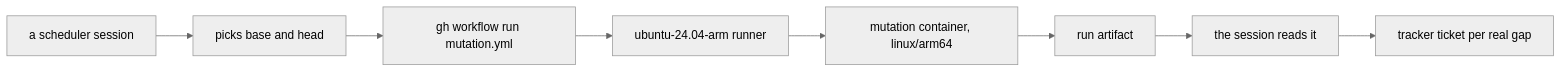
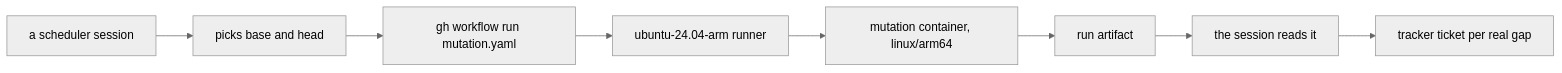
One commit to usirin/tea-fabrika changed the diagram in .decisions/0067-hourly-mutation-runs-in-ci.md. Above: the diagram before and after it, drawn with Mermaid (neutral theme). The commit also changed other lines of this file and 4 other files, not shown here.

Commit message:
plan docs say what is true on 2026-11-11: four rows cut into slices, 20 of 43 merged, 0067 names mutation.yaml

````diff
--- a/.decisions/0067-hourly-mutation-runs-in-ci.md
+++ b/.decisions/0067-hourly-mutation-runs-in-ci.md
@@ -11,10 +11,10 @@
 ```mermaid
 flowchart LR
   session["a scheduler session"] --> range["picks base and head"]
-  range --> dispatch["gh workflow run mutation.yml"]
+  range --> dispatch["gh workflow run mutation.yaml"]
   dispatch --> runner["ubuntu-24.04-arm runner"]
   runner --> box["mutation container, linux/arm64"]
   box --> artifact["run artifact"]
   artifact --> read["the session reads it"]
   read --> ticket["tracker ticket per real gap"]
 ```
````
